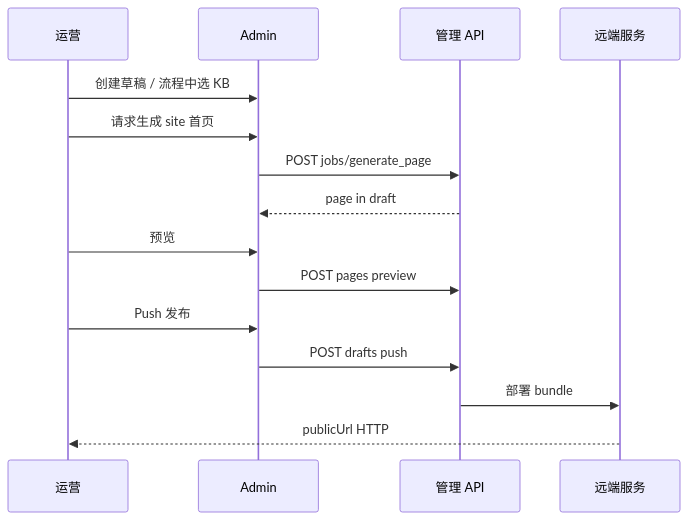
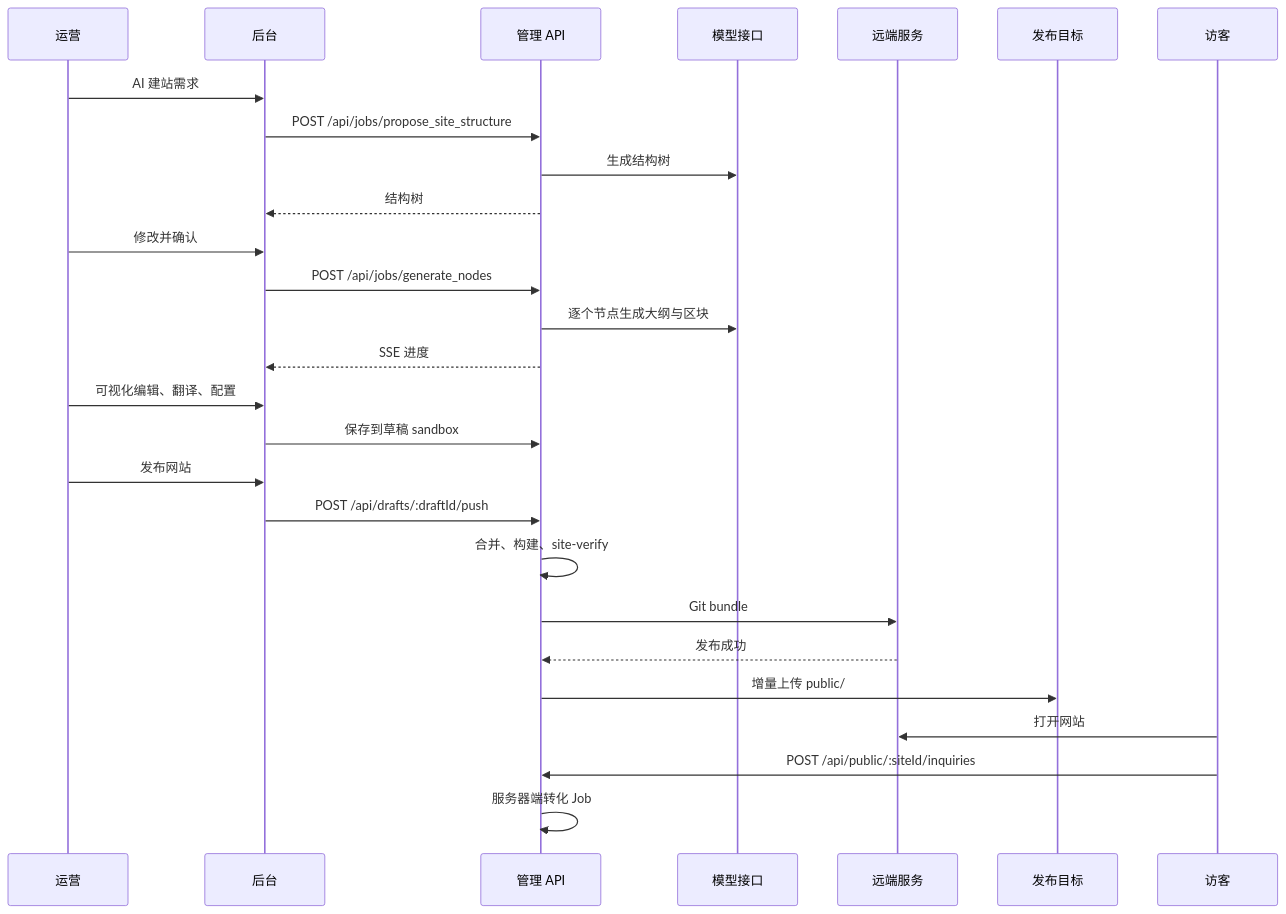
One commit to SeanLiangYoung/OLPS changed the diagram in docs/flows/mvp-happy-path.md. Above: the diagram before and after it, drawn with Mermaid. The commit also changed other lines of this file and 24 other files, not shown here.

````diff
--- a/docs/flows/mvp-happy-path.md
+++ b/docs/flows/mvp-happy-path.md
@@ -68,18 +44,30 @@
 ```mermaid
 sequenceDiagram
   participant U as 运营
-  participant Admin as Admin
+  participant Admin as 后台
   participant API as 管理 API
+  participant AI as 模型接口
   participant Remote as 远端服务
+  participant Target as 发布目标
+  participant V as 访客
 
-  U->>Admin: 创建草稿 / 流程中选 KB
-  U->>Admin: 请求生成 site 首页
-  Admin->>API: POST jobs/generate_page
-  API-->>Admin: page in draft
-  U->>Admin: 预览
-  Admin->>API: POST pages preview
-  U->>Admin: Push 发布
-  Admin->>API: POST drafts push
-  API->>Remote: 部署 bundle
-  Remote-->>U: publicUrl HTTP
+  U->>Admin: AI 建站需求
+  Admin->>API: POST /api/jobs/propose_site_structure
+  API->>AI: 生成结构树
+  API-->>Admin: 结构树
+  U->>Admin: 修改并确认
+  Admin->>API: POST /api/jobs/generate_nodes
+  API->>AI: 逐个节点生成大纲与区块
+  API-->>Admin: SSE 进度
+  U->>Admin: 可视化编辑、翻译、配置
+  Admin->>API: 保存到草稿 sandbox
+  U->>Admin: 发布网站
+  Admin->>API: POST /api/drafts/:draftId/push
+  API->>API: 合并、构建、site-verify
+  API->>Remote: Git bundle
+  Remote-->>API: 发布成功
+  API->>Target: 增量上传 public/
+  V->>Remote: 打开网站
+  V->>API: POST /api/public/:siteId/inquiries
+  API->>API: 服务器端转化 Job
 ```
````
